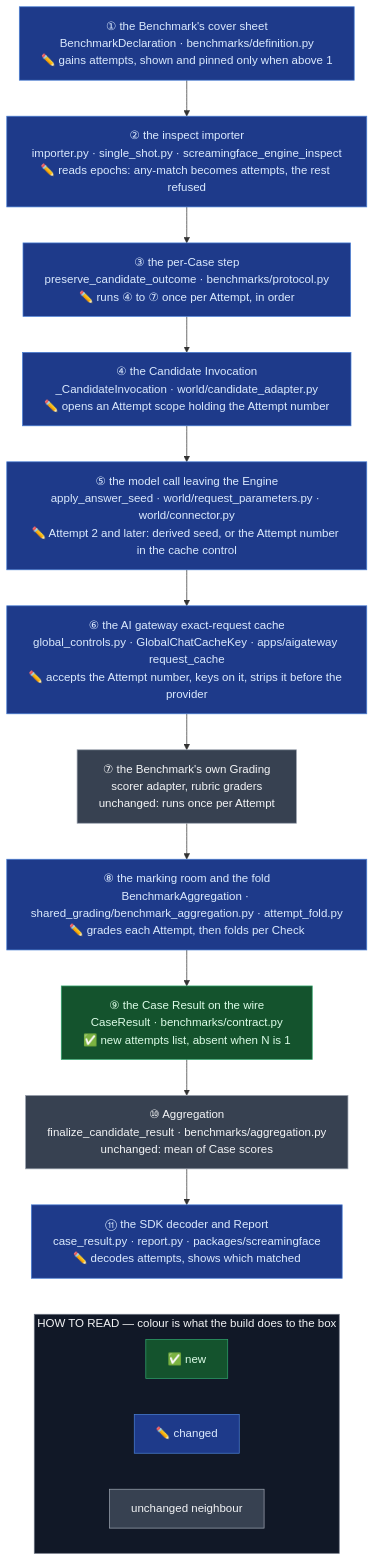
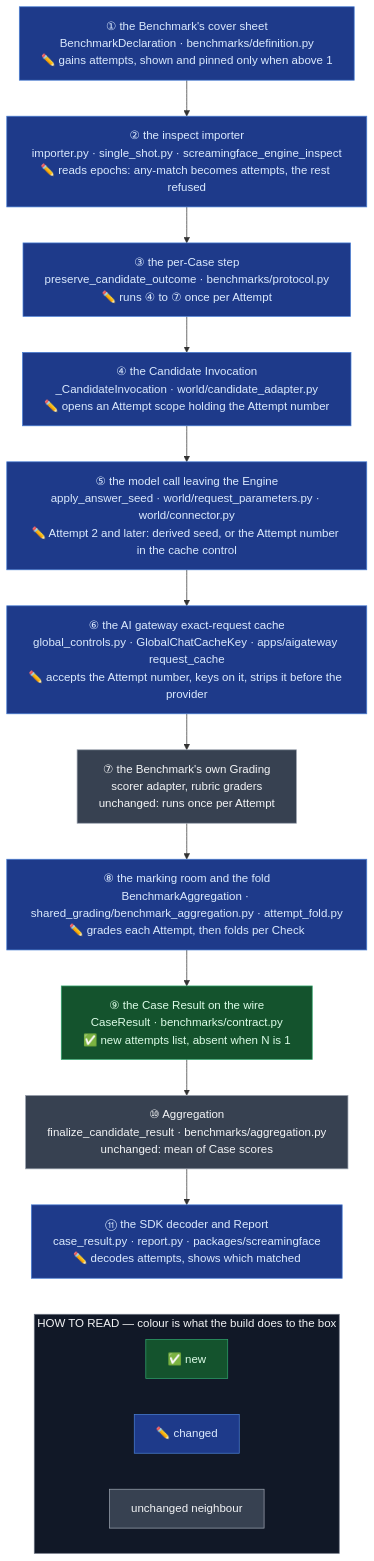
Before and after one commit to ScreamingFace/screamingface: the third of 3 diagrams in docs/spec/2026-10-07-OME-1458-attempts-per-case.md, drawn with Mermaid. The commit also changed other lines of this file and 1 other file, not shown here.

````diff
--- a/docs/spec/2026-10-07-OME-1458-attempts-per-case.md
+++ b/docs/spec/2026-10-07-OME-1458-attempts-per-case.md
@@ -318,30 +319,30 @@
 ```mermaid
 %%{init: {"flowchart": {"wrappingWidth": 440}}}%%
 flowchart TB
   n1["① the Benchmark's cover sheet<br/>BenchmarkDeclaration · benchmarks/definition.py<br/>✏️ gains attempts, shown and pinned only when above 1"]
   n2["② the inspect importer<br/>importer.py · single_shot.py · screamingface_engine_inspect<br/>✏️ reads epochs: any-match becomes attempts, the rest refused"]
-  n3["③ the per-Case step<br/>preserve_candidate_outcome · benchmarks/protocol.py<br/>✏️ runs ④ to ⑦ once per Attempt, in order"]
+  n3["③ the per-Case step<br/>preserve_candidate_outcome · benchmarks/protocol.py<br/>✏️ runs ④ to ⑦ once per Attempt"]
   n4["④ the Candidate Invocation<br/>_CandidateInvocation · world/candidate_adapter.py<br/>✏️ opens an Attempt scope holding the Attempt number"]
   n5["⑤ the model call leaving the Engine<br/>apply_answer_seed · world/request_parameters.py · world/connector.py<br/>✏️ Attempt 2 and later: derived seed, or the Attempt number in the cache control"]
   n6["⑥ the AI gateway exact-request cache<br/>global_controls.py · GlobalChatCacheKey · apps/aigateway request_cache<br/>✏️ accepts the Attempt number, keys on it, strips it before the provider"]
   n7["⑦ the Benchmark's own Grading<br/>scorer adapter, rubric graders<br/>unchanged: runs once per Attempt"]
   n8["⑧ the marking room and the fold<br/>BenchmarkAggregation · shared_grading/benchmark_aggregation.py · attempt_fold.py<br/>✏️ grades each Attempt, then folds per Check"]
   n9["⑨ the Case Result on the wire<br/>CaseResult · benchmarks/contract.py<br/>✅ new attempts list, absent when N is 1"]
   n10["⑩ Aggregation<br/>finalize_candidate_result · benchmarks/aggregation.py<br/>unchanged: mean of Case scores"]
   n11["⑪ the SDK decoder and Report<br/>case_result.py · report.py · packages/screamingface<br/>✏️ decodes attempts, shows which matched"]
   n1 --> n2 --> n3 --> n4 --> n5 --> n6 --> n7 --> n8 --> n9 --> n10 --> n11
   subgraph KEY["HOW TO READ — colour is what the build does to the box"]
     direction LR
     k1["✅ new"]
     k2["✏️ changed"]
     k3["unchanged neighbour"]
   end
   n11 ~~~ KEY
   classDef good  fill:#14532d,stroke:#30a46c,color:#dcfce7
   classDef stage fill:#1e3a8a,stroke:#4a7fd4,color:#dbeafe
   classDef plain fill:#374151,stroke:#9ca3af,color:#f3f4f6
   class n9,k1 good
   class n1,n2,n3,n4,n5,n6,n8,n11,k2 stage
   class n7,n10,k3 plain
   style KEY fill:#111827,stroke:#6b7280,color:#f3f4f6
 ```
````
